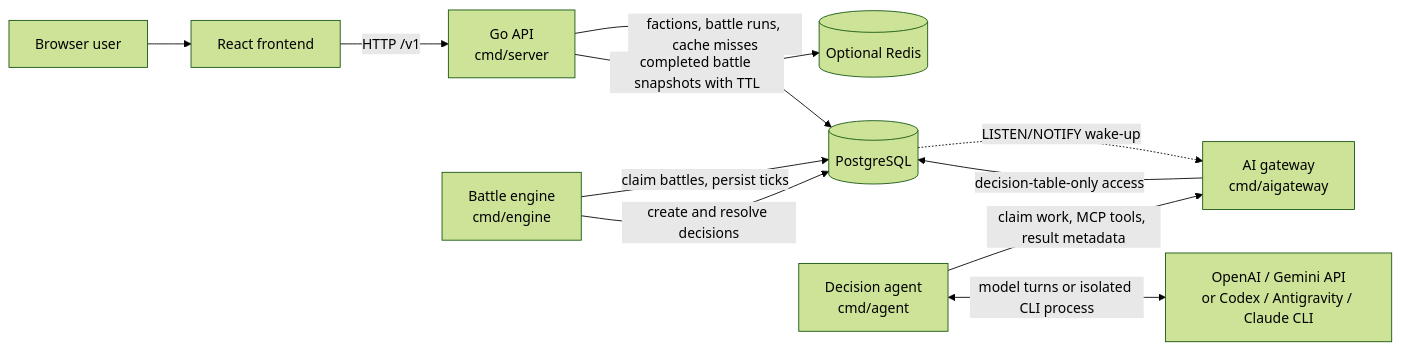
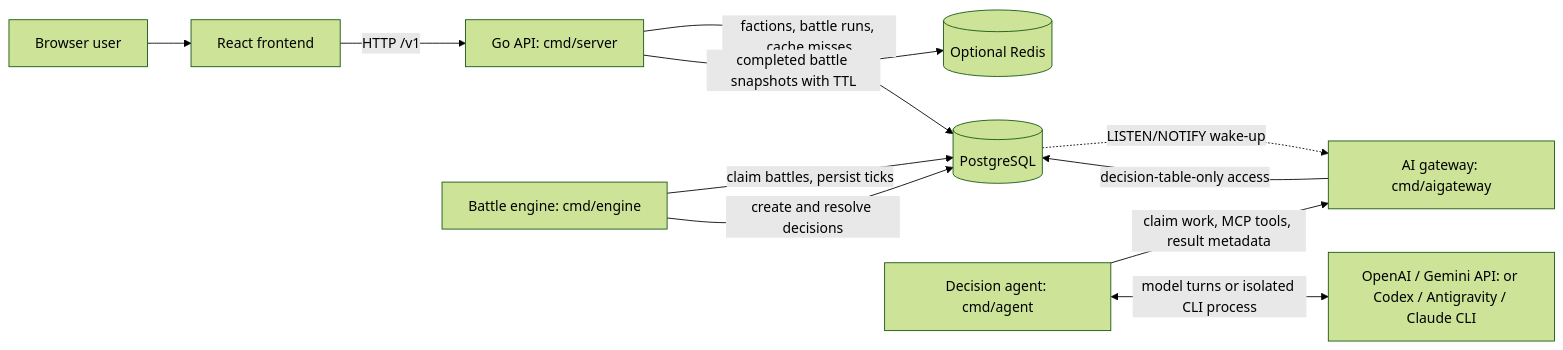
The first of 4 diagrams in docs/architecture/system-architecture.md (twhAuto/autonomous_battlefield), drawn with Mermaid (forest theme) before and after one commit. The commit also changed other lines of this file and 4 other files, not shown here.

Commit message:
docs: organize architecture and contributor reading paths

````diff
--- a/docs/architecture/system-architecture.md
+++ b/docs/architecture/system-architecture.md
@@ -32,23 +36,23 @@
 ```mermaid
 flowchart LR
     User[Browser user]
     UI[React frontend]
-    API[Go API<br/>cmd/server]
-    Engine[Battle engine<br/>cmd/engine]
+    API["Go API: cmd/server"]
+    Engine["Battle engine: cmd/engine"]
     DB[(PostgreSQL)]
     Cache[(Optional Redis)]
-    Gateway[AI gateway<br/>cmd/aigateway]
-    Agent[Decision agent<br/>cmd/agent]
-    Provider[OpenAI / Gemini API<br/>or Codex / Antigravity / Claude CLI]
+    Gateway["AI gateway: cmd/aigateway"]
+    Agent["Decision agent: cmd/agent"]
+    Provider["OpenAI / Gemini API: or Codex / Antigravity / Claude CLI"]
 
     User --> UI
     UI -->|HTTP /v1| API
     API -->|factions, battle runs, cache misses| DB
     API -->|completed battle snapshots with TTL| Cache
     Engine -->|claim battles, persist ticks| DB
     Engine -->|create and resolve decisions| DB
     DB -.->|LISTEN/NOTIFY wake-up| Gateway
     Agent -->|claim work, MCP tools, result metadata| Gateway
     Agent <-->|model turns or isolated CLI process| Provider
     Gateway -->|decision-table-only access| DB
 ```
````
